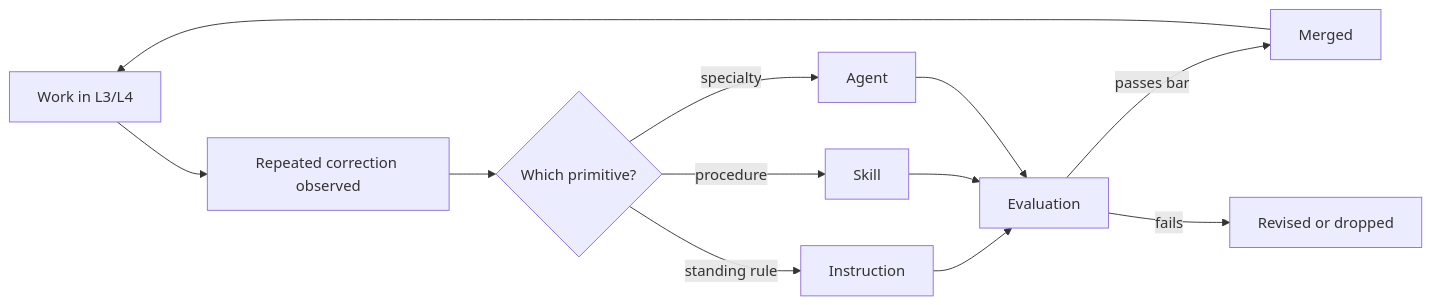
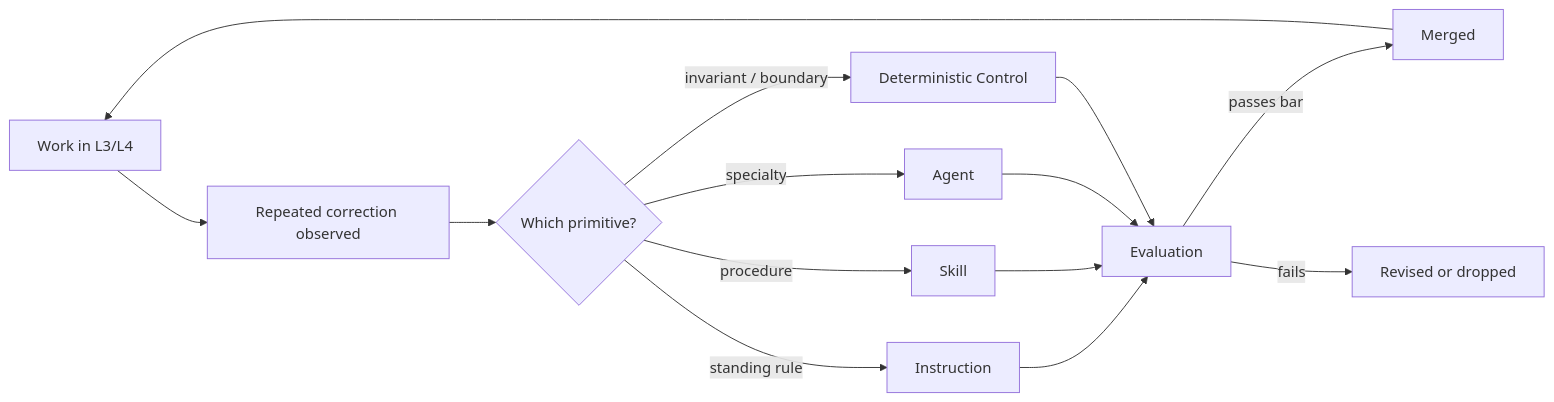
One commit to ALTEN-group/agentic-software-factory changed the diagram in website/docs/guide/context-layer.md. Above: the diagram before and after it, drawn with Mermaid. The commit also changed other lines of this file and 20 other files, not shown here.

````diff
--- a/website/docs/guide/context-layer.md
+++ b/website/docs/guide/context-layer.md
@@ -64,18 +69,20 @@
 ```mermaid
 ---
 caption: How the context layer is maintained
 ---
 
 flowchart LR
   work[Work in L3/L4] --> corr[Repeated correction observed]
   corr --> decide{Which primitive?}
   decide -->|standing rule| inst[Instruction]
   decide -->|procedure| skill[Skill]
   decide -->|specialty| agent[Agent]
+  decide -->|invariant / boundary| test[Deterministic Control]
   inst --> eval[Evaluation]
   skill --> eval
   agent --> eval
+  test --> eval
   eval -->|passes bar| merge[Merged]
   eval -->|fails| back[Revised or dropped]
   merge --> work
 ```
````
